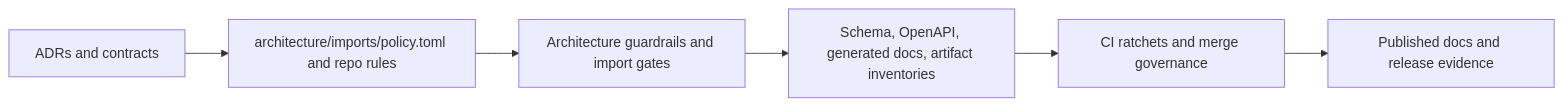
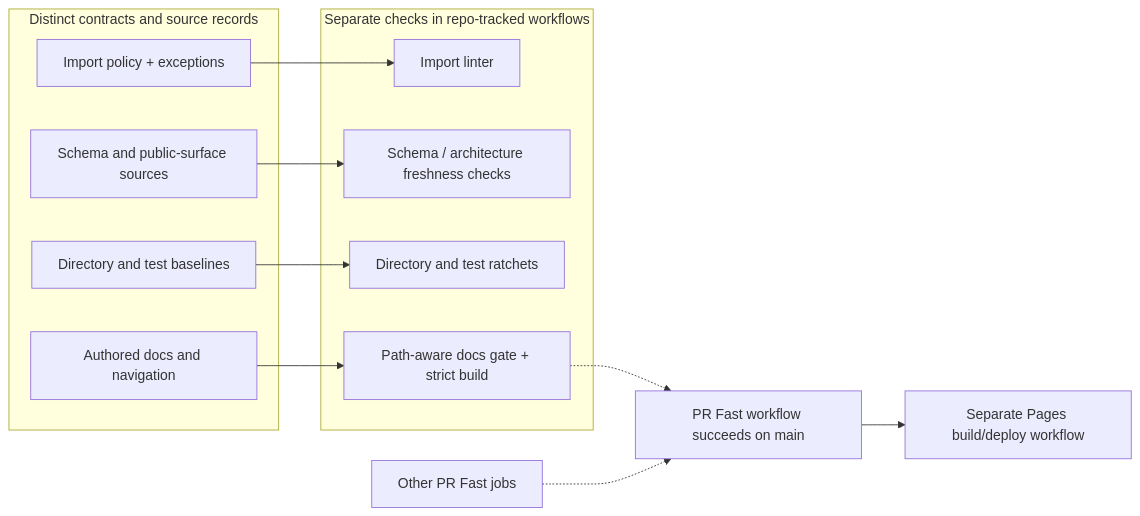
One commit to DenisKopylov/polisyos changed the diagram in policy-engine/docs/explanation/freeze-policy.md. Above: the diagram before and after it, drawn with Mermaid. The commit also changed other lines of this file and 344 other files, not shown here.

````diff
--- a/policy-engine/docs/explanation/freeze-policy.md
+++ b/policy-engine/docs/explanation/freeze-policy.md
@@ -13,8 +50,22 @@
 ```mermaid
 flowchart LR
-    ADR["ADRs and contracts"] --> Policy["architecture/imports/policy.toml and repo rules"]
-    Policy --> Guard["Architecture guardrails and import gates"]
-    Guard --> Snapshots["Schema, OpenAPI, generated docs, artifact inventories"]
-    Snapshots --> Ratchet["CI ratchets and merge governance"]
-    Ratchet --> Release["Published docs and release evidence"]
+    subgraph contracts["Distinct contracts and source records"]
+        importPolicy["Import policy + exceptions"]
+        schemaSource["Schema and public-surface sources"]
+        ratchetSource["Directory and test baselines"]
+        docsSource["Authored docs and navigation"]
+    end
+    subgraph checks["Separate checks in repo-tracked workflows"]
+        importCheck["Import linter"]
+        artifactCheck["Schema / architecture freshness checks"]
+        ratchetCheck["Directory and test ratchets"]
+        docsCheck["Path-aware docs gate + strict build"]
+    end
+    importPolicy --> importCheck
+    schemaSource --> artifactCheck
+    ratchetSource --> ratchetCheck
+    docsSource --> docsCheck
+        docsCheck -.-> prFast["PR Fast workflow succeeds on main"]
+        otherGates["Other PR Fast jobs"] -.-> prFast
+        prFast --> pages["Separate Pages build/deploy workflow"]
 ```
````
